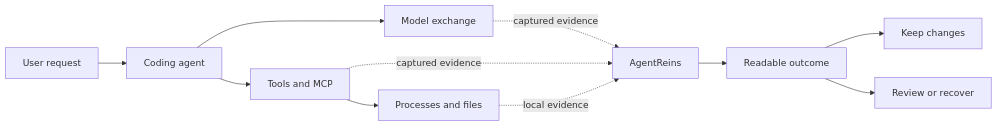
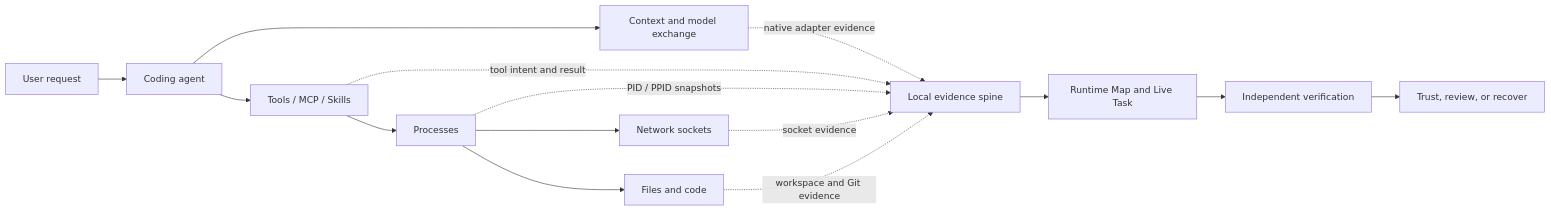
The diagram in README.md (yardfribley-bit/AgentReins), drawn with Mermaid before and after one commit. The commit also changed other lines of this file, not shown here.

Commit message:
Document the live agent operations architecture

````diff
--- a/README.md
+++ b/README.md
@@ -43,15 +66,19 @@
 ```mermaid
 flowchart LR
     U[User request] --> A[Coding agent]
-    A --> M[Model exchange]
-    A --> T[Tools and MCP]
-    T --> S[Processes and files]
+    A --> C[Context and model exchange]
+    A --> T[Tools / MCP / Skills]
+    T --> P[Processes]
+    P --> N[Network sockets]
+    P --> F[Files and code]
 
-    M -. captured evidence .-> R[AgentReins]
-    T -. captured evidence .-> R
-    S -. local evidence .-> R
+    C -. native adapter evidence .-> E[Local evidence spine]
+    T -. tool intent and result .-> E
+    P -. PID / PPID snapshots .-> E
+    N -. socket evidence .-> E
+    F -. workspace and Git evidence .-> E
 
-    R --> O[Readable outcome]
-    O --> K[Keep changes]
-    O --> X[Review or recover]
+    E --> R[Runtime Map and Live Task]
+    R --> V[Independent verification]
+    V --> K[Trust, review, or recover]
 ```
````
